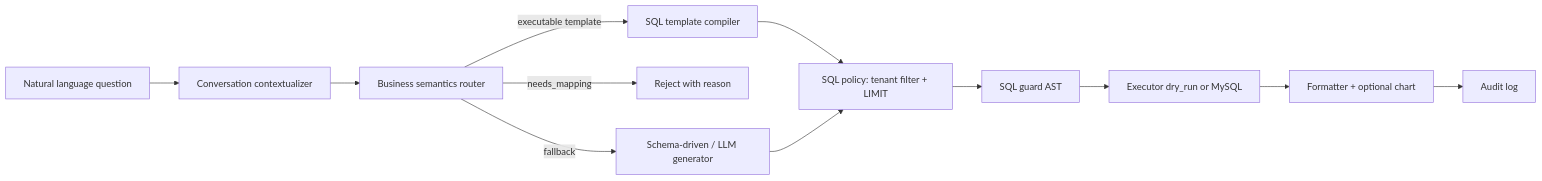
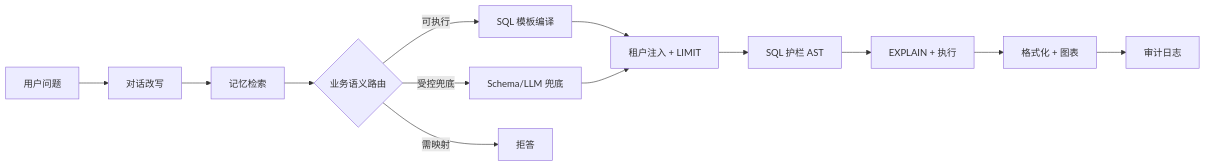
One commit to xiexiaojing/text2sql-mvp changed the diagram in docs/architecture.md. Above: the diagram before and after it, drawn with Mermaid. The commit also changed other lines of this file and 36 other files, not shown here.

````diff
--- a/docs/architecture.md
+++ b/docs/architecture.md
@@ -7,14 +26,15 @@
 ```mermaid
 flowchart LR
-  Q[Natural language question] --> C[Conversation contextualizer]
-  C --> B[Business semantics router]
-  B -->|executable template| T[SQL template compiler]
-  B -->|needs_mapping| R[Reject with reason]
-  B -->|fallback| G[Schema-driven / LLM generator]
-  T --> P[SQL policy: tenant filter + LIMIT]
+  Q[用户问题] --> C[对话改写]
+  C --> M[记忆检索]
+  M --> B{业务语义路由}
+  B -->|可执行| T[SQL 模板编译]
+  B -->|受控兜底| G[Schema/LLM 兜底]
+  B -->|需映射| R[拒答]
+  T --> P[租户注入 + LIMIT]
   G --> P
-  P --> S[SQL guard AST]
-  S --> E[Executor dry_run or MySQL]
-  E --> F[Formatter + optional chart]
-  F --> A[Audit log]
+  P --> S[SQL 护栏 AST]
+  S --> E[EXPLAIN + 执行]
+  E --> F[格式化 + 图表]
+  F --> A[审计日志]
 ```
````
